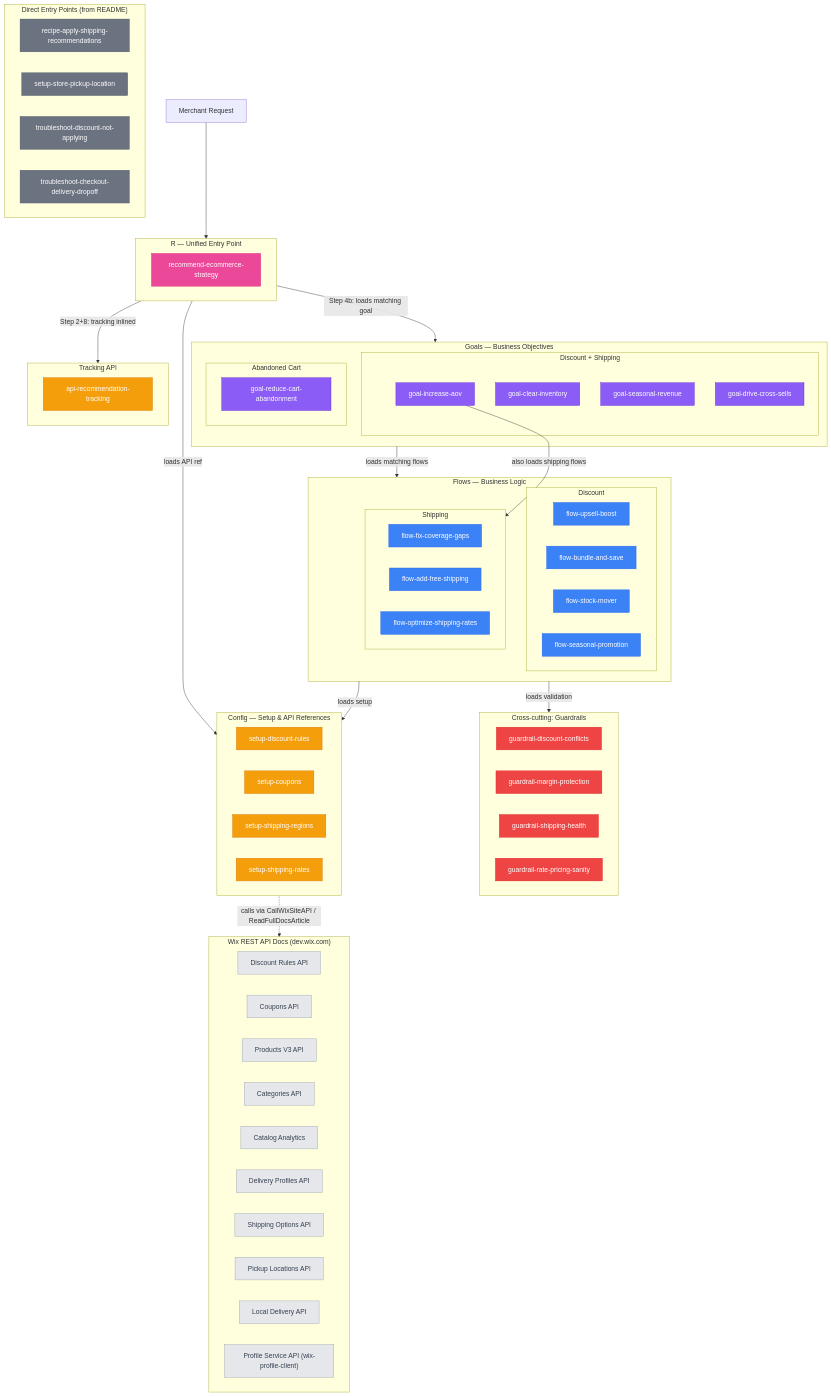
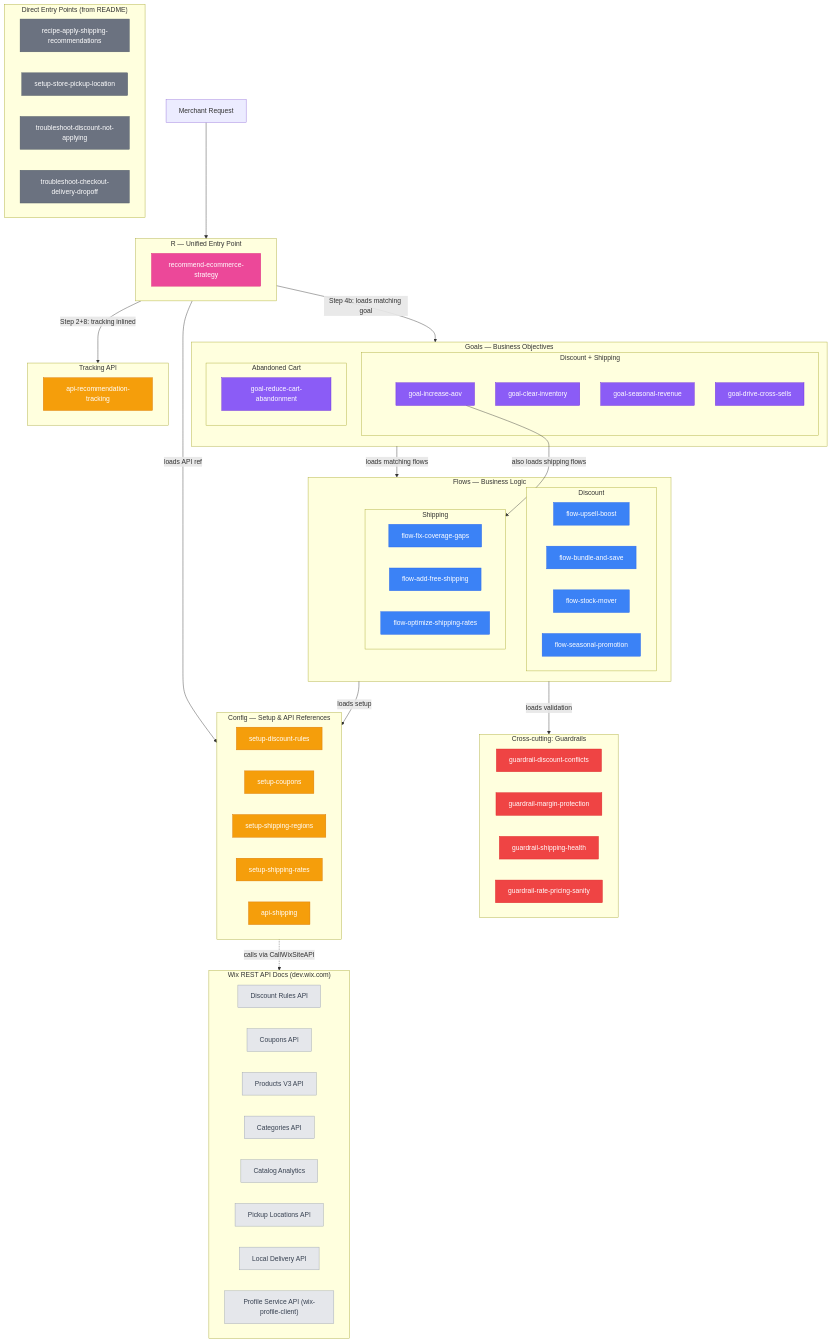
Before and after one commit to wix/skills: the diagram in skills/wix-manage/references/ecommerce/skill-graph.md, drawn with Mermaid. The commit also changed other lines of this file and 11 other files, not shown here.

First line of the commit message:
feat(wix-manage): add shipping API reference skill and fix broken links

```diff
--- a/skills/wix-manage/references/ecommerce/skill-graph.md
+++ b/skills/wix-manage/references/ecommerce/skill-graph.md
@@ -61,6 +61,7 @@
         setup-coupons
         setup-shipping-regions
         setup-shipping-rates
+        api-shipping
     end
 
     subgraph TrackingAPI["Tracking API"]
@@ -74,7 +75,7 @@
         troubleshoot-checkout-delivery-dropoff
     end
 
-    Config -.-> |"calls via CallWixSiteAPI / ReadFullDocsArticle"| API
+    Config -.-> |"calls via CallWixSiteAPI"| API
 
     subgraph API["Wix REST API Docs (dev.wix.com)"]
         D1["Discount Rules API"]
@@ -82,8 +83,6 @@
         D3["Products V3 API"]
         D4["Categories API"]
         D5["Catalog Analytics"]
-        S1["Delivery Profiles API"]
-        S2["Shipping Options API"]
         S3["Pickup Locations API"]
         S4["Local Delivery API"]
         SD["Profile Service API (wix-profile-client)"]
@@ -100,7 +99,7 @@
     class goal-increase-aov,goal-clear-inventory,goal-seasonal-revenue,goal-drive-cross-sells,goal-reduce-cart-abandonment goal
     class guardrail-discount-conflicts,guardrail-margin-protection,guardrail-shipping-health,guardrail-rate-pricing-sanity guardrail
     class flow-upsell-boost,flow-bundle-and-save,flow-stock-mover,flow-seasonal-promotion,flow-fix-coverage-gaps,flow-add-free-shipping,flow-optimize-shipping-rates flow
-    class setup-discount-rules,setup-coupons,setup-shipping-regions,setup-shipping-rates,api-recommendation-tracking config
+    class setup-discount-rules,setup-coupons,setup-shipping-regions,setup-shipping-rates,api-recommendation-tracking,api-shipping config
     class recommend-ecommerce-strategy reco
     class recipe-apply-shipping-recommendations,setup-store-pickup-location,troubleshoot-discount-not-applying,troubleshoot-checkout-delivery-dropoff standalone
     class D1,D2,D3,D4,D5,S1,S2,S3,S4,SD apidoc
```
